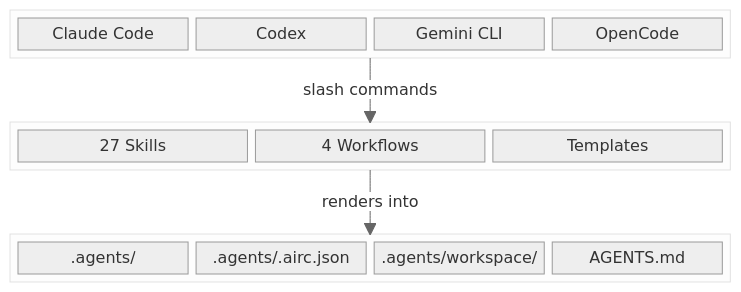
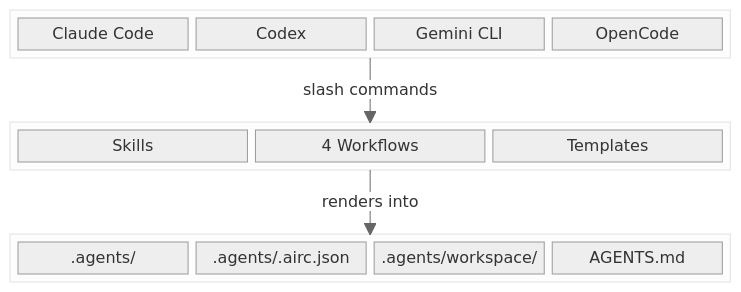
The diagram in README.md (fitlab-ai/agent-orchestrator), drawn with Mermaid (neutral theme) before and after one commit. The commit also changed other lines of this file and 35 other files, not shown here.

````diff
--- a/README.md
+++ b/README.md
@@ -190,26 +190,26 @@
 ```mermaid
 block-beta
     columns 4
 
     block:tui:4
         columns 4
         claude["Claude Code"] codex["Codex"] gemini["Gemini CLI"] opencode["OpenCode"]
     end
 
     space:4
 
     block:shared:4
         columns 3
-        skills["27 Skills"] workflows["4 Workflows"] templates["Templates"]
+        skills["Skills"] workflows["4 Workflows"] templates["Templates"]
     end
 
     space:4
 
     block:project:4
         columns 4
         agents[".agents/"] config[".agents/.airc.json"] workspace[".agents/workspace/"] governance["AGENTS.md"]
     end
 
     tui -- "slash commands" --> shared
     shared -- "renders into" --> project
 ```
````
